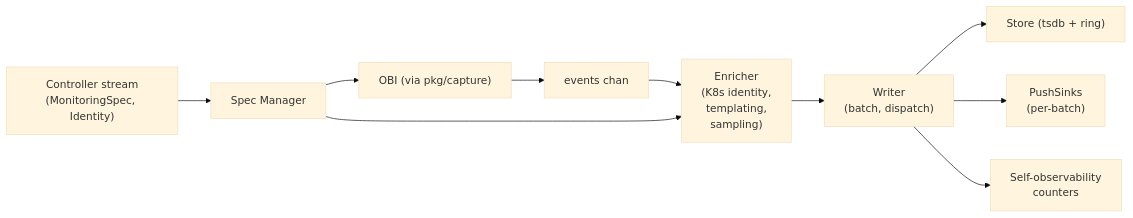
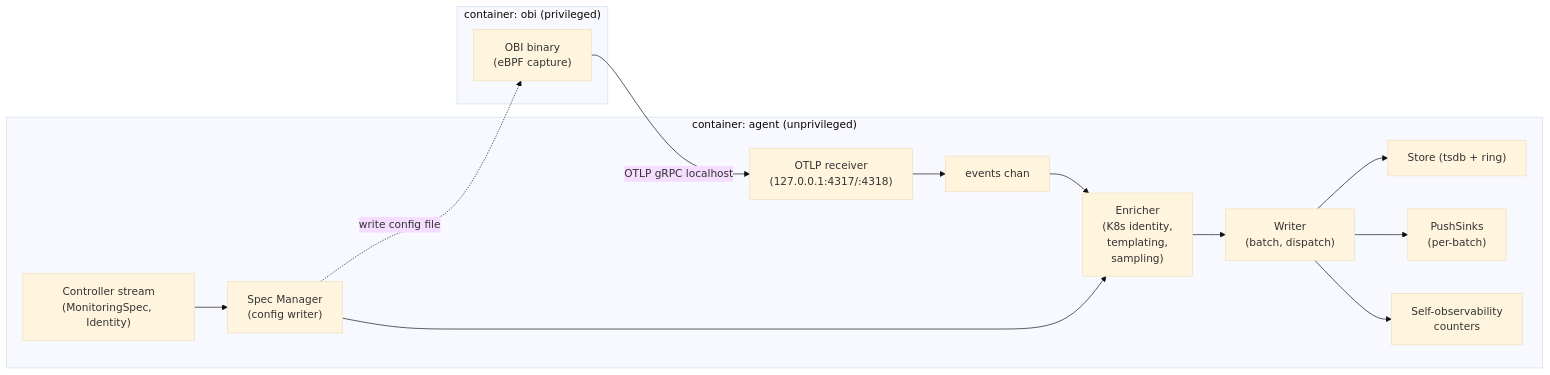
Before and after one commit to codebot-robot/in-cluster-observability: the first of 2 diagrams in docs/design/data-plane.md, drawn with Mermaid (base theme). The commit also changed other lines of this file and 3 other files, not shown here.

````diff
--- a/docs/design/data-plane.md
+++ b/docs/design/data-plane.md
@@ -12,12 +14,27 @@
 ```mermaid
 flowchart LR
-    obi["OBI (via pkg/capture)"] --> events
-    events["events chan"] --> enricher
-    enricher["Enricher<br/>(K8s identity,<br/>templating,<br/>sampling)"] --> writer
-    writer["Writer<br/>(batch, dispatch)"] --> store["Store (tsdb + ring)"]
-    writer --> pushSinks["PushSinks<br/>(per-batch)"]
-    writer --> selfObs["Self-observability<br/>counters"]
-    ctrl["Controller stream<br/>(MonitoringSpec, Identity)"] --> specMgr["Spec Manager"]
-    specMgr --> obi
+    subgraph obi_container["container: obi (privileged)"]
+        obi["OBI binary<br/>(eBPF capture)"]
+    end
+    subgraph agent_container["container: agent (unprivileged)"]
+        otlp["OTLP receiver<br/>(127.0.0.1:4317/:4318)"]
+        events["events chan"]
+        enricher["Enricher<br/>(K8s identity,<br/>templating,<br/>sampling)"]
+        writer["Writer<br/>(batch, dispatch)"]
+        store["Store (tsdb + ring)"]
+        pushSinks["PushSinks<br/>(per-batch)"]
+        selfObs["Self-observability<br/>counters"]
+        specMgr["Spec Manager<br/>(config writer)"]
+        ctrl["Controller stream<br/>(MonitoringSpec, Identity)"]
+    end
+
+    obi -- OTLP gRPC localhost --> otlp
+    otlp --> events
+    events --> enricher --> writer
+    writer --> store
+    writer --> pushSinks
+    writer --> selfObs
+    ctrl --> specMgr
+    specMgr -. write config file .-> obi
     specMgr --> enricher
 ```
````
